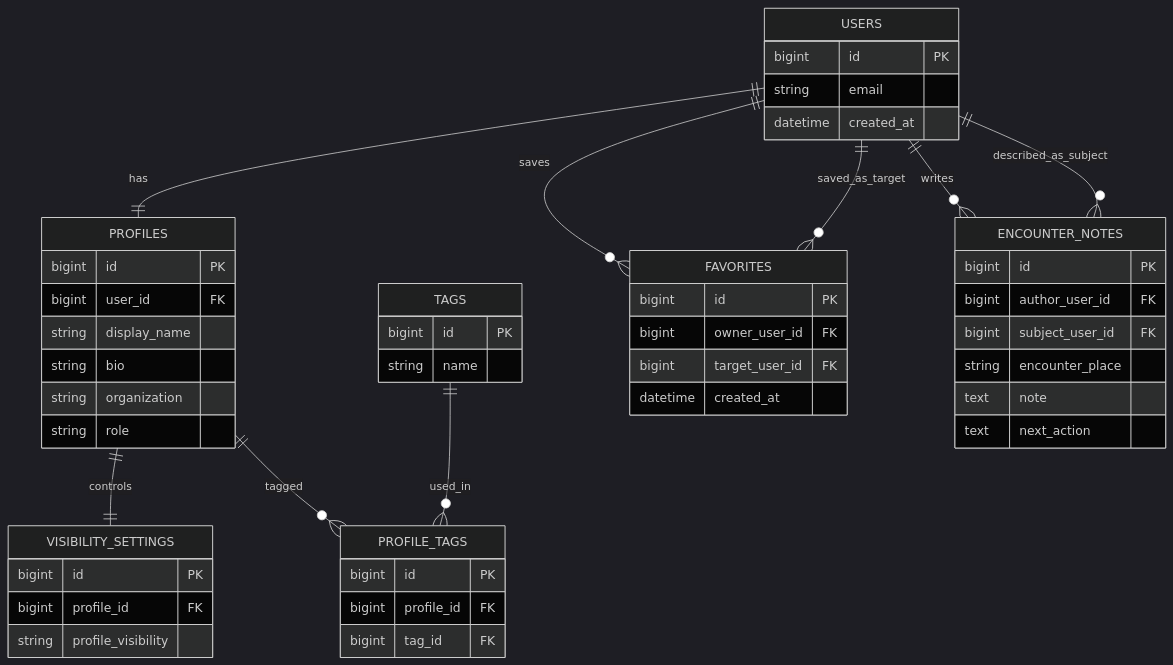
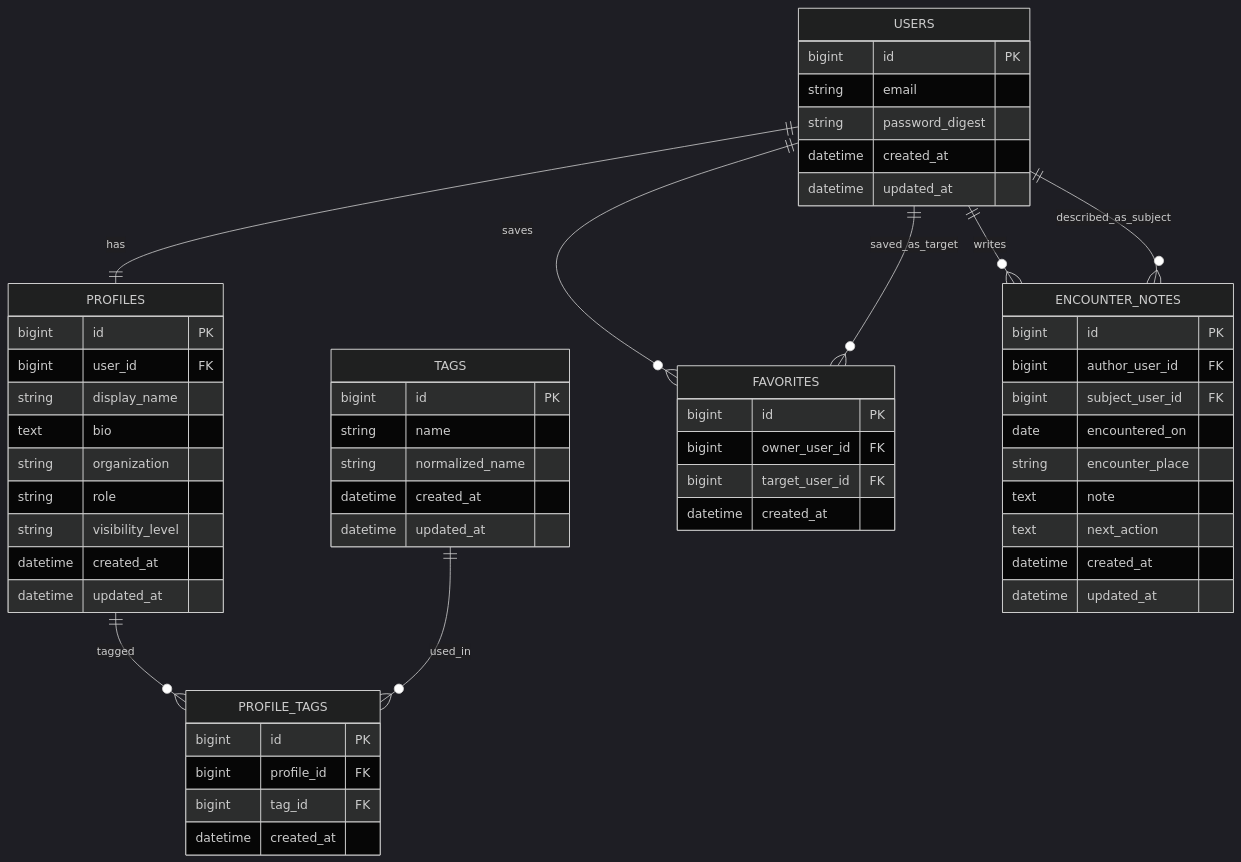
One commit to ytimesy/tsunagari changed the diagram in README.md. Above: the diagram before and after it, drawn with Mermaid (dark theme). The commit also changed other lines of this file and 36 other files, not shown here.

Commit message:
Build MVP flows and refine product direction

````diff
--- a/README.md
+++ b/README.md
@@ -141,59 +301,64 @@
 ```mermaid
 erDiagram
     USERS {
         bigint id PK
         string email
+        string password_digest
         datetime created_at
+        datetime updated_at
     }
 
     PROFILES {
         bigint id PK
         bigint user_id FK
         string display_name
-        string bio
+        text bio
         string organization
         string role
-    }
-
-    VISIBILITY_SETTINGS {
-        bigint id PK
-        bigint profile_id FK
-        string profile_visibility
+        string visibility_level
+        datetime created_at
+        datetime updated_at
     }
 
     TAGS {
         bigint id PK
         string name
+        string normalized_name
+        datetime created_at
+        datetime updated_at
     }
 
     PROFILE_TAGS {
         bigint id PK
         bigint profile_id FK
         bigint tag_id FK
+        datetime created_at
     }
 
     FAVORITES {
         bigint id PK
         bigint owner_user_id FK
         bigint target_user_id FK
         datetime created_at
     }
 
     ENCOUNTER_NOTES {
         bigint id PK
         bigint author_user_id FK
         bigint subject_user_id FK
+        date encountered_on
         string encounter_place
         text note
         text next_action
+        datetime created_at
+        datetime updated_at
     }
 
     USERS ||--|| PROFILES : has
-    PROFILES ||--|| VISIBILITY_SETTINGS : controls
     PROFILES ||--o{ PROFILE_TAGS : tagged
     TAGS ||--o{ PROFILE_TAGS : used_in
     USERS ||--o{ FAVORITES : saves
     USERS ||--o{ FAVORITES : saved_as_target
     USERS ||--o{ ENCOUNTER_NOTES : writes
     USERS ||--o{ ENCOUNTER_NOTES : described_as_subject
 ```
````
